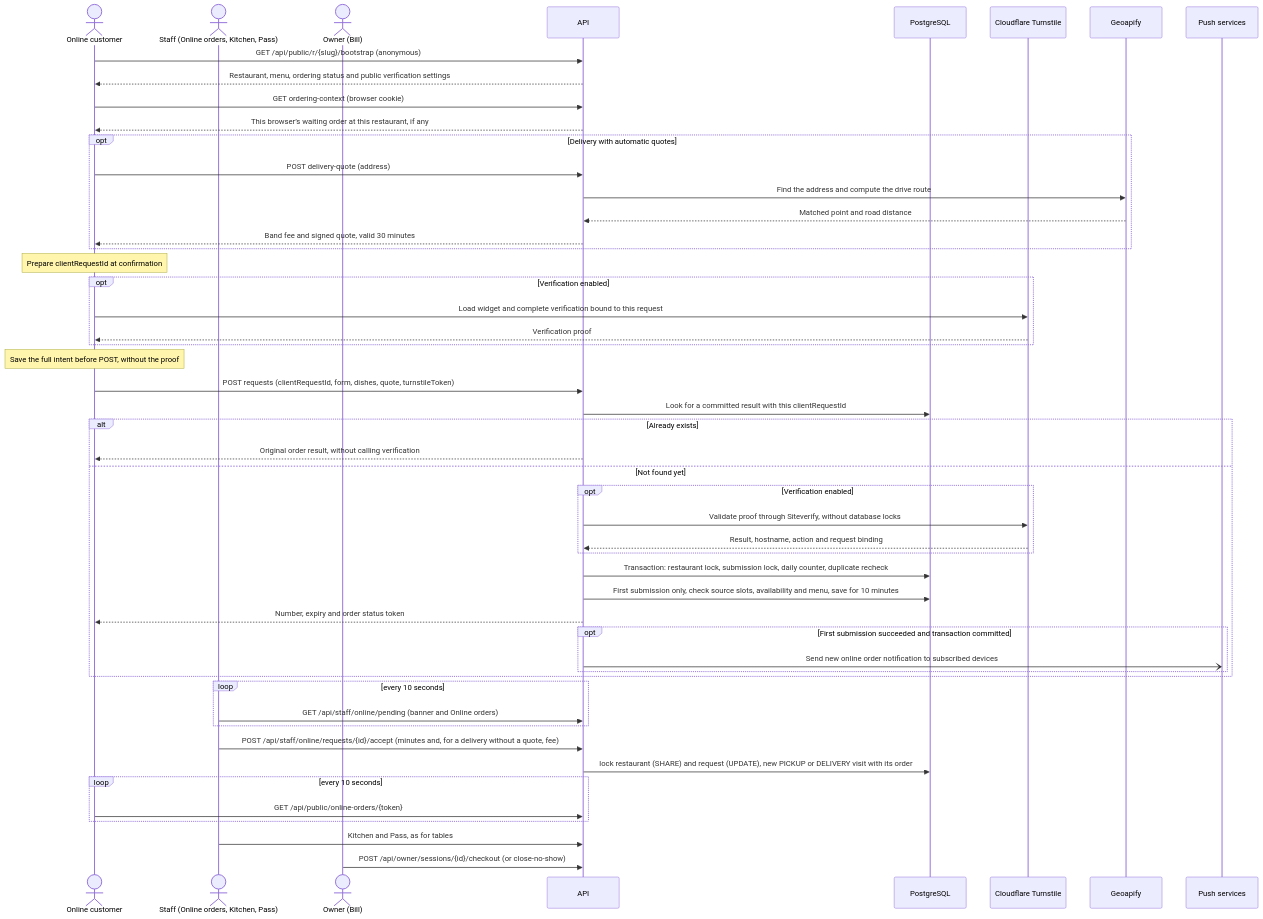
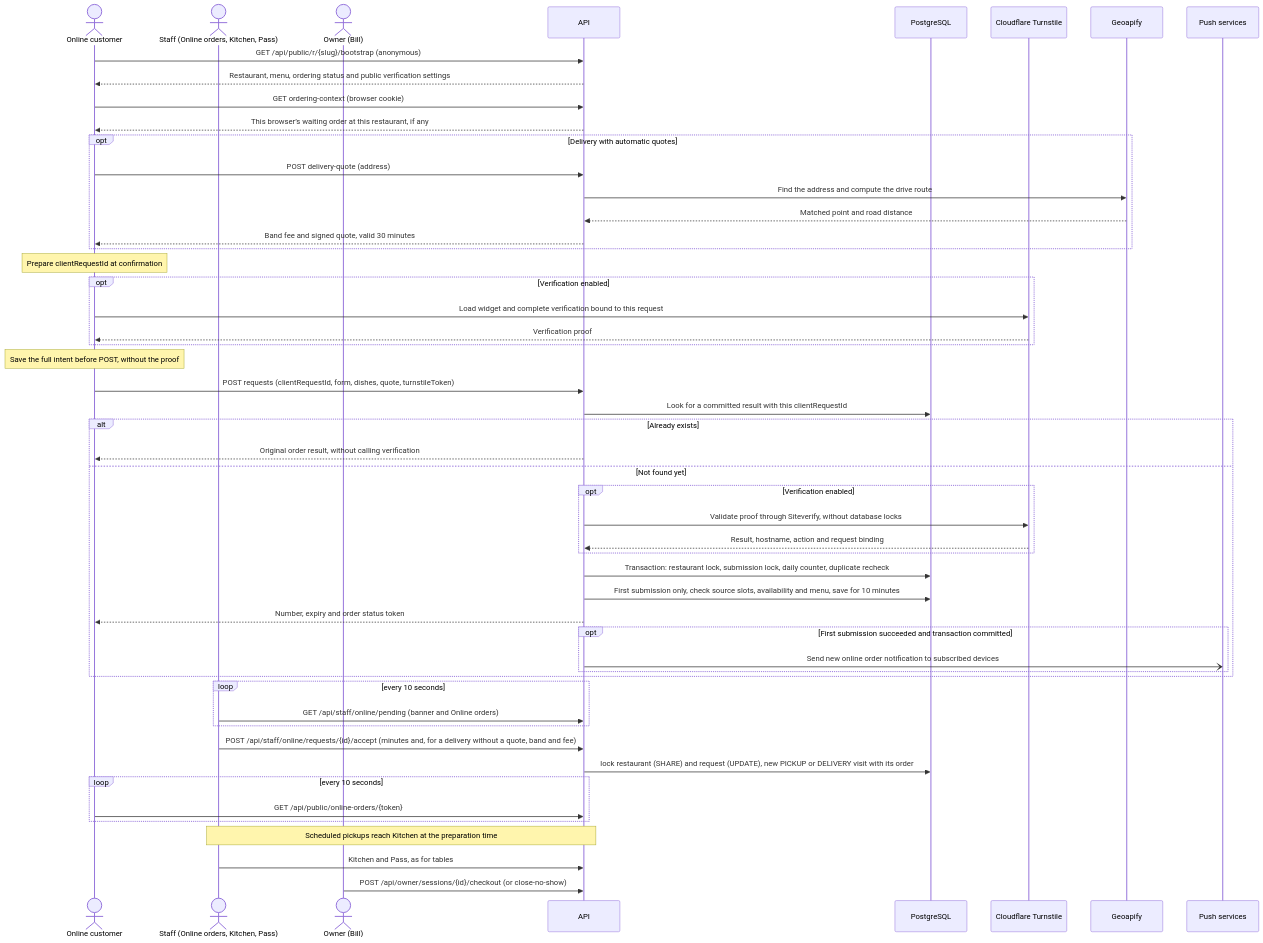
Before and after one commit to lorenzoyang/TavoloFlow: the fourth of 5 diagrams in docs/en/development-notes.md, drawn with Mermaid. The commit also changed other lines of this file and 23 other files, not shown here.

Commit message:
docs: sync scheduled pickup and delivery rules

````diff
--- a/docs/en/development-notes.md
+++ b/docs/en/development-notes.md
@@ -396,54 +396,55 @@
 ```mermaid
 sequenceDiagram
   actor C as Online customer
   actor S as Staff (Online orders, Kitchen, Pass)
   actor T as Owner (Bill)
   participant A as API
   participant D as PostgreSQL
   participant V as Cloudflare Turnstile
   participant G as Geoapify
   participant P as Push services
 
   C->>A: GET /api/public/r/{slug}/bootstrap (anonymous)
   A-->>C: Restaurant, menu, ordering status and public verification settings
   C->>A: GET ordering-context (browser cookie)
   A-->>C: This browser’s waiting order at this restaurant, if any
   opt Delivery with automatic quotes
     C->>A: POST delivery-quote (address)
     A->>G: Find the address and compute the drive route
     G-->>A: Matched point and road distance
     A-->>C: Band fee and signed quote, valid 30 minutes
   end
   Note over C: Prepare clientRequestId at confirmation
   opt Verification enabled
     C->>V: Load widget and complete verification bound to this request
     V-->>C: Verification proof
   end
   Note over C: Save the full intent before POST, without the proof
   C->>A: POST requests (clientRequestId, form, dishes, quote, turnstileToken)
   A->>D: Look for a committed result with this clientRequestId
   alt Already exists
     A-->>C: Original order result, without calling verification
   else Not found yet
     opt Verification enabled
       A->>V: Validate proof through Siteverify, without database locks
       V-->>A: Result, hostname, action and request binding
     end
     A->>D: Transaction: restaurant lock, submission lock, daily counter, duplicate recheck
     A->>D: First submission only, check source slots, availability and menu, save for 10 minutes
     A-->>C: Number, expiry and order status token
     opt First submission succeeded and transaction committed
       A-)P: Send new online order notification to subscribed devices
     end
   end
   loop every 10 seconds
     S->>A: GET /api/staff/online/pending (banner and Online orders)
   end
-  S->>A: POST /api/staff/online/requests/{id}/accept (minutes and, for a delivery without a quote, fee)
+  S->>A: POST /api/staff/online/requests/{id}/accept (minutes and, for a delivery without a quote, band and fee)
   A->>D: lock restaurant (SHARE) and request (UPDATE), new PICKUP or DELIVERY visit with its order
   loop every 10 seconds
     C->>A: GET /api/public/online-orders/{token}
   end
+  Note over S,A: Scheduled pickups reach Kitchen at the preparation time
   S->>A: Kitchen and Pass, as for tables
   T->>A: POST /api/owner/sessions/{id}/checkout (or close-no-show)
 ```
````
